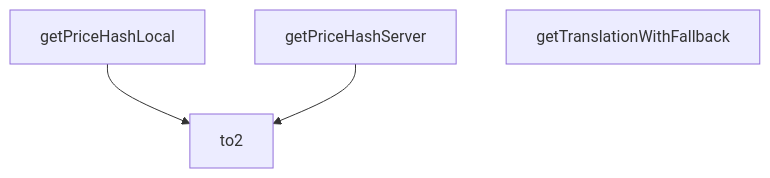
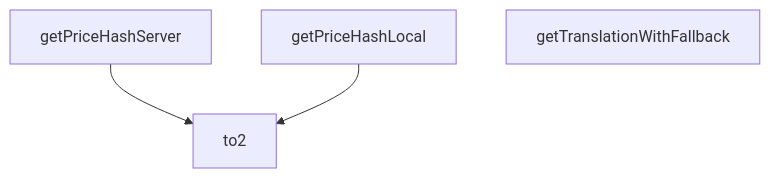
Before and after one commit to peckop/venthub-hvac-esite: the diagram in src/utils/checkoutHelpers.md, drawn with Mermaid. The commit also changed other lines of this file and 113 other files, not shown here.

````diff
--- a/src/utils/checkoutHelpers.md
+++ b/src/utils/checkoutHelpers.md
@@ -111,9 +137,9 @@
 ```mermaid
 graph TD
     checkoutHelpers_ts__getPriceHashLocal["getPriceHashLocal"]
     checkoutHelpers_ts__getPriceHashServer["getPriceHashServer"]
     checkoutHelpers_ts__getTranslationWithFallback["getTranslationWithFallback"]
     checkoutHelpers_ts__to2["to2"]
+    checkoutHelpers_ts__getPriceHashServer --> checkoutHelpers_ts__to2
     checkoutHelpers_ts__getPriceHashLocal --> checkoutHelpers_ts__to2
-    checkoutHelpers_ts__getPriceHashServer --> checkoutHelpers_ts__to2
 ```
````
